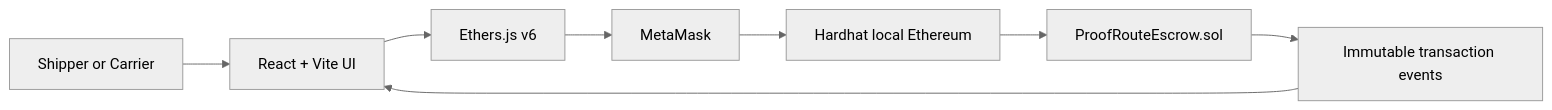
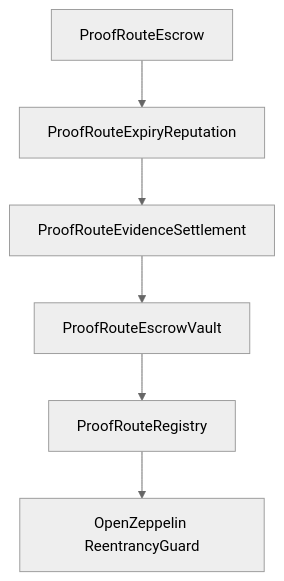
Before and after one commit to eizenschool/blockchainappdev: the second of 2 diagrams in docs/BUSINESS_RULES.md, drawn with Mermaid (neutral theme). The commit also changed other lines of this file and 6 other files, not shown here.

Commit message:
docs: finalize verifier integration and demo flow

````diff
--- a/docs/BUSINESS_RULES.md
+++ b/docs/BUSINESS_RULES.md
@@ -43,10 +38,8 @@
 ```mermaid
-flowchart LR
-    User[Shipper or Carrier] --> UI[React + Vite UI]
-    UI --> Ethers[Ethers.js v6]
-    Ethers --> Wallet[MetaMask]
-    Wallet --> Chain[Hardhat local Ethereum]
-    Chain --> Contract[ProofRouteEscrow.sol]
-    Contract --> Events[Immutable transaction events]
-    Events --> UI
+flowchart TB
+    Final[ProofRouteEscrow] --> Expiry[ProofRouteExpiryReputation]
+    Expiry --> Settlement[ProofRouteEvidenceSettlement]
+    Settlement --> Vault[ProofRouteEscrowVault]
+    Vault --> Registry[ProofRouteRegistry]
+    Registry --> Guard[OpenZeppelin ReentrancyGuard]
 ```
````
